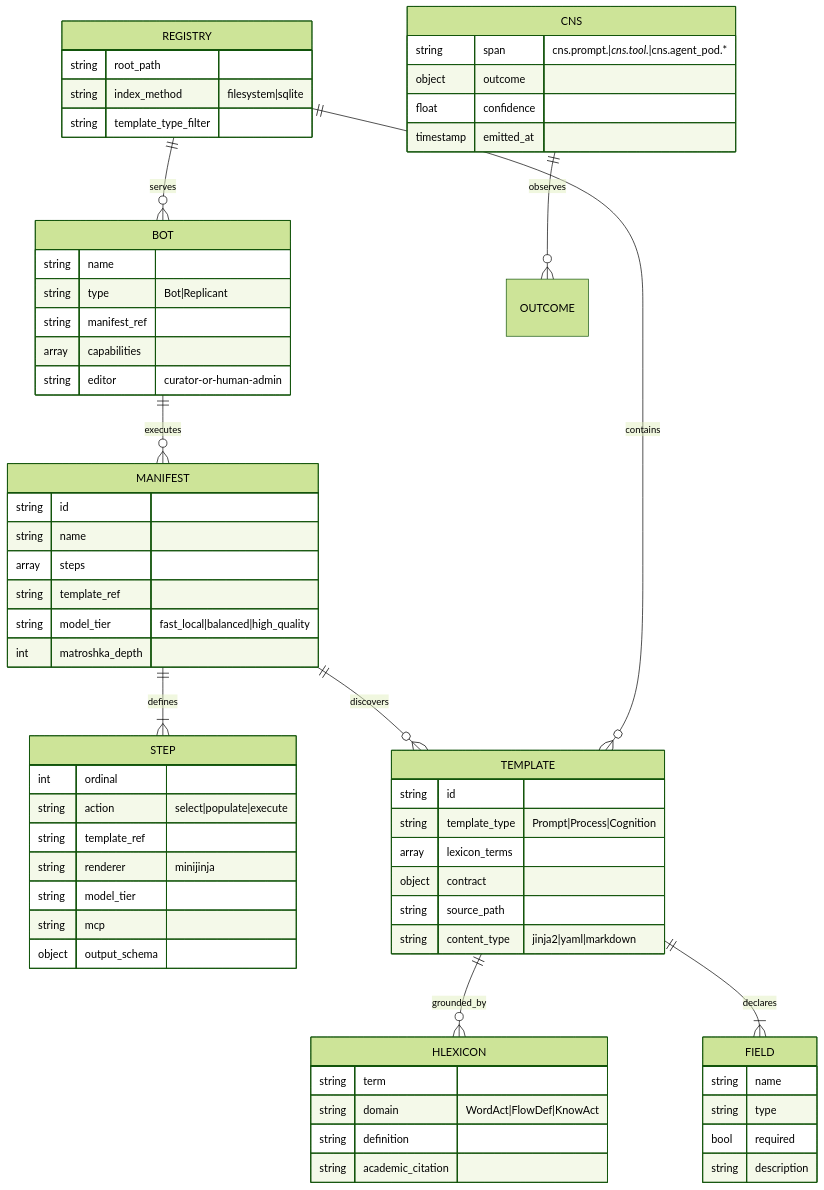
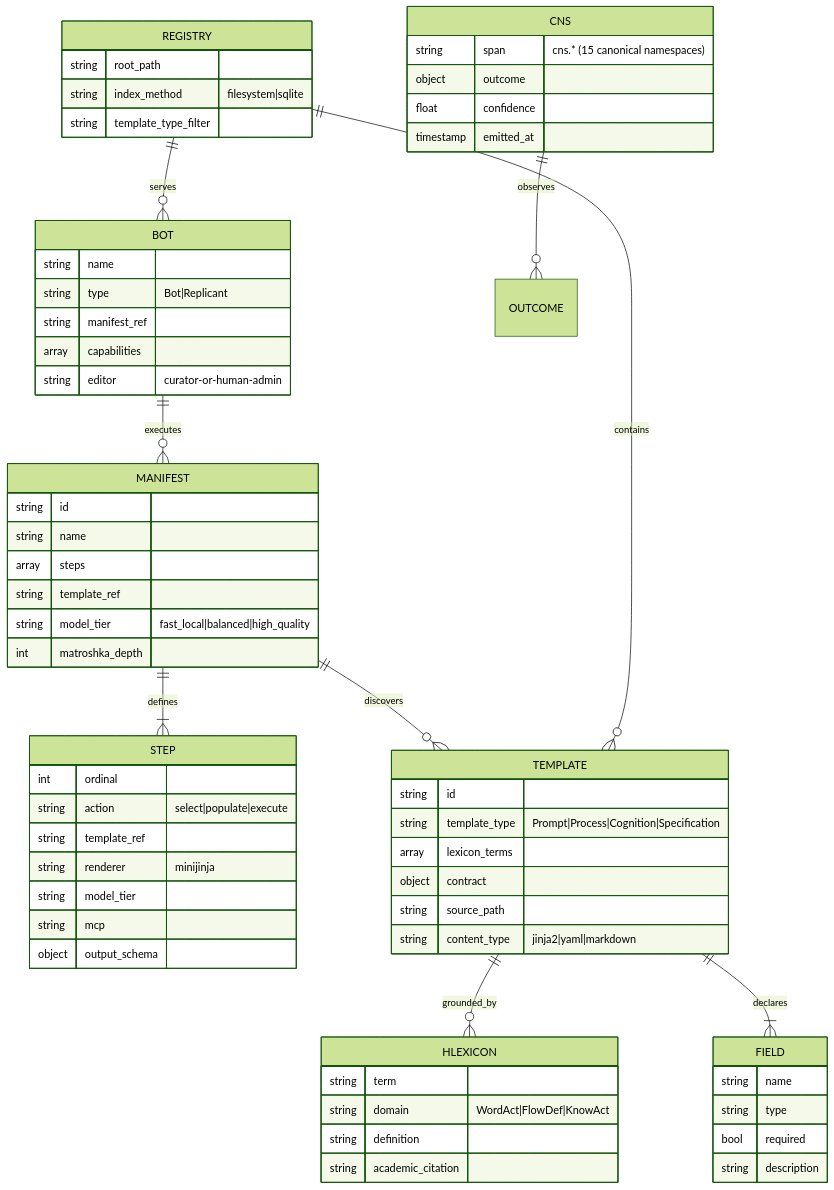
One commit to mdz-axo/hKask changed the first of 6 diagrams in docs/architecture/reference/hKask-erd.md. Above: the diagram before and after it, drawn with Mermaid (forest theme). The commit also changed other lines of this file and 35 other files, not shown here.

````diff
--- a/docs/architecture/reference/hKask-erd.md
+++ b/docs/architecture/reference/hKask-erd.md
@@ -38,74 +38,74 @@
 ```mermaid
 erDiagram
     BOT ||--o{ MANIFEST : executes
     MANIFEST ||--|{ STEP : defines
     MANIFEST ||--o{ TEMPLATE : discovers
     TEMPLATE ||--o{ HLEXICON : grounded_by
     TEMPLATE ||--|{ FIELD : declares
     REGISTRY ||--o{ TEMPLATE : contains
     CNS ||--o{ OUTCOME : observes
     REGISTRY ||--o{ BOT : serves
     
     BOT {
         string name
         string type "Bot|Replicant"
         string manifest_ref
         array capabilities
         string editor "curator-or-human-admin"
     }
     
     MANIFEST {
         string id
         string name
         array steps
         string template_ref
         string model_tier "fast_local|balanced|high_quality"
         int matroshka_depth
     }
     
     STEP {
         int ordinal
         string action "select|populate|execute"
         string template_ref
         string renderer "minijinja"
         string model_tier
         string mcp
         object output_schema
     }
     
     TEMPLATE {
         string id
-        string template_type "Prompt|Process|Cognition"
+        string template_type "Prompt|Process|Cognition|Specification"
         array lexicon_terms
         object contract
         string source_path
         string content_type "jinja2|yaml|markdown"
     }
     
     FIELD {
         string name
         string type
         bool required
         string description
     }
     
     HLEXICON {
         string term
         string domain "WordAct|FlowDef|KnowAct"
         string definition
         string academic_citation
     }
     
     REGISTRY {
         string root_path
         string index_method "filesystem|sqlite"
         string template_type_filter
     }
     
     CNS {
-        string span "cns.prompt.*|cns.tool.*|cns.agent_pod.*"
+        string span "cns.* (15 canonical namespaces)"
         object outcome
         float confidence
         timestamp emitted_at
     }
 ```
````
